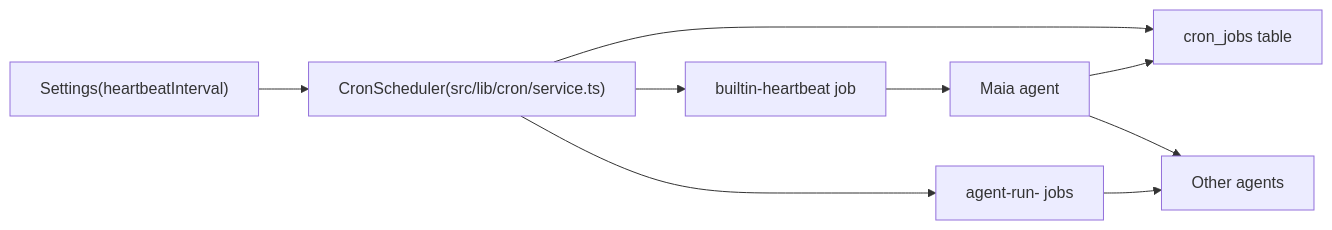
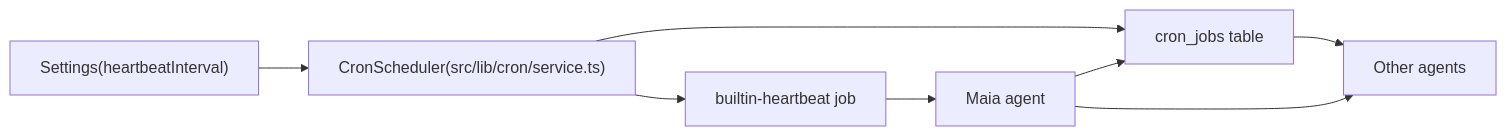
One commit to GarrettFleischer/maia changed the third of 3 diagrams in docs/architecture/agent-system.md. Above: the diagram before and after it, drawn with Mermaid. The commit also changed other lines of this file and 12 other files, not shown here.

First line of the commit message:
docs: architecture and defaults updates

````diff
--- a/docs/architecture/agent-system.md
+++ b/docs/architecture/agent-system.md
@@ -128,21 +131,18 @@
 ```mermaid
 flowchart LR
   settingsNode["Settings(heartbeatInterval)"]
   cronJobs["cron_jobs table"]
   cronScheduler["CronScheduler(src/lib/cron/service.ts)"]
   heartbeatJob["builtin-heartbeat job"]
-  agentRunJobs["agent-run-<agent_id> jobs"]
   maia["Maia agent"]
   agents["Other agents"]
 
   settingsNode --> cronScheduler
   cronScheduler --> cronJobs
   cronScheduler --> heartbeatJob
-  cronScheduler --> agentRunJobs
 
   heartbeatJob --> maia
   maia --> cronJobs
   maia --> agents
-
-  agentRunJobs --> agents
+  cronJobs --> agents
 ```
````
